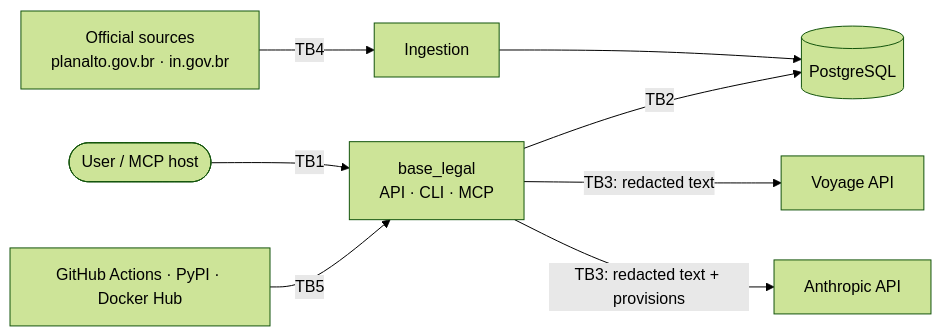
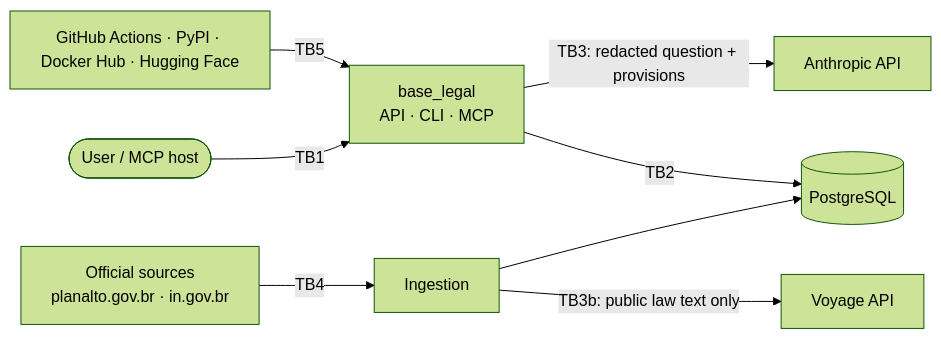
The diagram in docs/THREAT_MODEL.md (lucianocf/base-legal), drawn with Mermaid (forest theme) before and after one commit. The commit also changed other lines of this file and 7 other files, not shown here.

````diff
--- a/docs/THREAT_MODEL.md
+++ b/docs/THREAT_MODEL.md
@@ -33,10 +34,10 @@
 ```mermaid
 flowchart LR
     U([User / MCP host]) -- TB1 --> APP[base_legal<br/>API · CLI · MCP]
     APP -- TB2 --> DB[(PostgreSQL)]
-    APP -- TB3: redacted text --> VOY[Voyage API]
-    APP -- TB3: redacted text + provisions --> ANT[Anthropic API]
+    APP -- TB3: redacted question + provisions --> ANT[Anthropic API]
+    ING -- TB3b: public law text only --> VOY[Voyage API]
     SRC[Official sources<br/>planalto.gov.br · in.gov.br] -- TB4 --> ING[Ingestion]
     ING --> DB
-    GH[GitHub Actions · PyPI · Docker Hub] -- TB5 --> APP
+    GH[GitHub Actions · PyPI · Docker Hub · Hugging Face] -- TB5 --> APP
 ```
````
